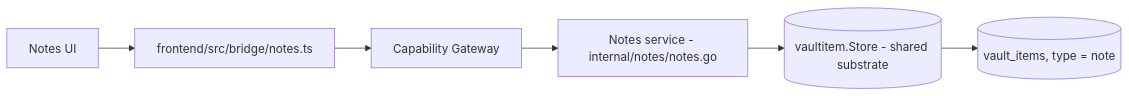
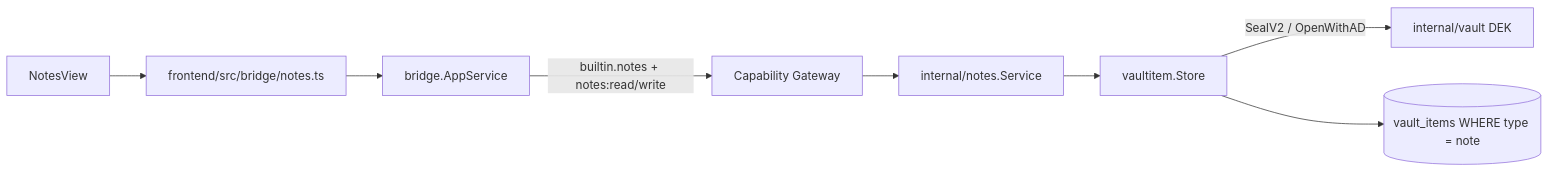
One commit to syurodev/base changed the diagram in content/projects/dev-kit/notes.mdx. Above: the diagram before and after it, drawn with Mermaid. The commit also changed other lines of this file and 1 other file, not shown here.

First line of the commit message:
docs(dev-kit): align vault and notes pages with current code flows

````diff
--- a/content/projects/dev-kit/notes.mdx
+++ b/content/projects/dev-kit/notes.mdx
@@ -10,8 +14,10 @@
 ```mermaid
 flowchart LR
-  UI[Notes UI] --> Bridge[frontend/src/bridge/notes.ts]
-  Bridge --> GW[Capability Gateway]
-  GW --> SVC[Notes service - internal/notes/notes.go]
-  SVC --> SUB[(vaultitem.Store - shared substrate)]
-  SUB --> DB[(vault_items, type = note)]
+  UI[NotesView] --> BR[frontend/src/bridge/notes.ts]
+  BR --> AS[bridge.AppService]
+  AS -->|builtin.notes + notes:read/write| GW[Capability Gateway]
+  GW --> SVC[internal/notes.Service]
+  SVC --> STORE[vaultitem.Store]
+  STORE -->|SealV2 / OpenWithAD| VAULT[internal/vault DEK]
+  STORE --> DB[(vault_items WHERE type = note)]
 ```
````
